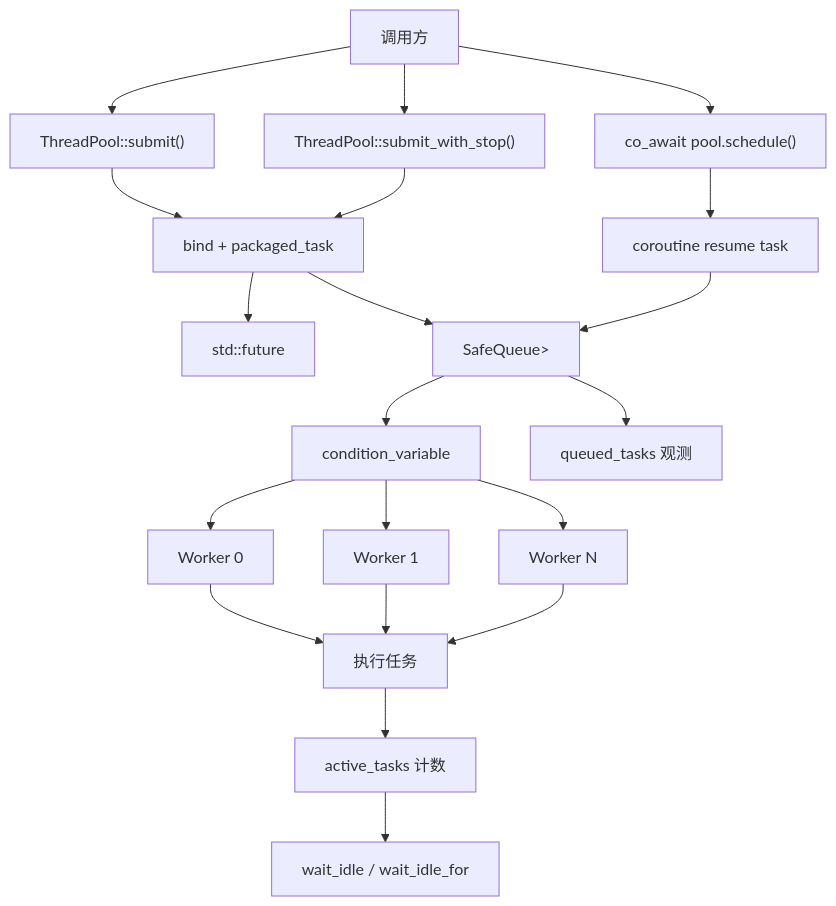
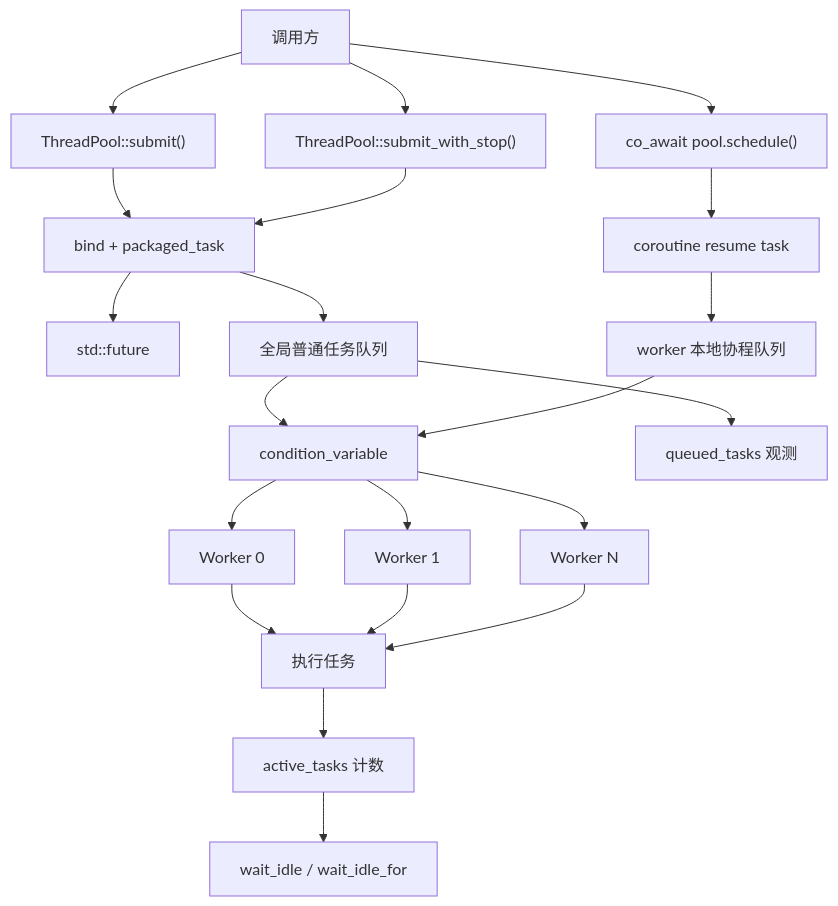
One commit to gpvi/ThreadPool changed the first of 4 diagrams in docs/DESIGN.md. Above: the diagram before and after it, drawn with Mermaid. The commit also changed other lines of this file and 6 other files, not shown here.

````diff
--- a/docs/DESIGN.md
+++ b/docs/DESIGN.md
@@ -22,27 +23,28 @@
 ```mermaid
 flowchart TD
     Client["调用方"] --> Submit["ThreadPool::submit()"]
     Client --> StopSubmit["ThreadPool::submit_with_stop()"]
     Client --> Schedule["co_await pool.schedule()"]
 
     Submit --> Package["bind + packaged_task"]
     StopSubmit --> Package
     Schedule --> ResumeTask["coroutine resume task"]
 
     Package --> Future["std::future"]
-    Package --> Queue["SafeQueue<std::function<void()>>"]
-    ResumeTask --> Queue
+    Package --> Queue["全局普通任务队列"]
+    ResumeTask --> LocalQueue["worker 本地协程队列"]
 
     Queue --> Cond["condition_variable"]
+    LocalQueue --> Cond
     Cond --> WorkerA["Worker 0"]
     Cond --> WorkerB["Worker 1"]
     Cond --> WorkerC["Worker N"]
 
     WorkerA --> Execute["执行任务"]
     WorkerB --> Execute
     WorkerC --> Execute
 
     Execute --> Active["active_tasks 计数"]
     Queue --> Queued["queued_tasks 观测"]
     Active --> Idle["wait_idle / wait_idle_for"]
 ```
````
